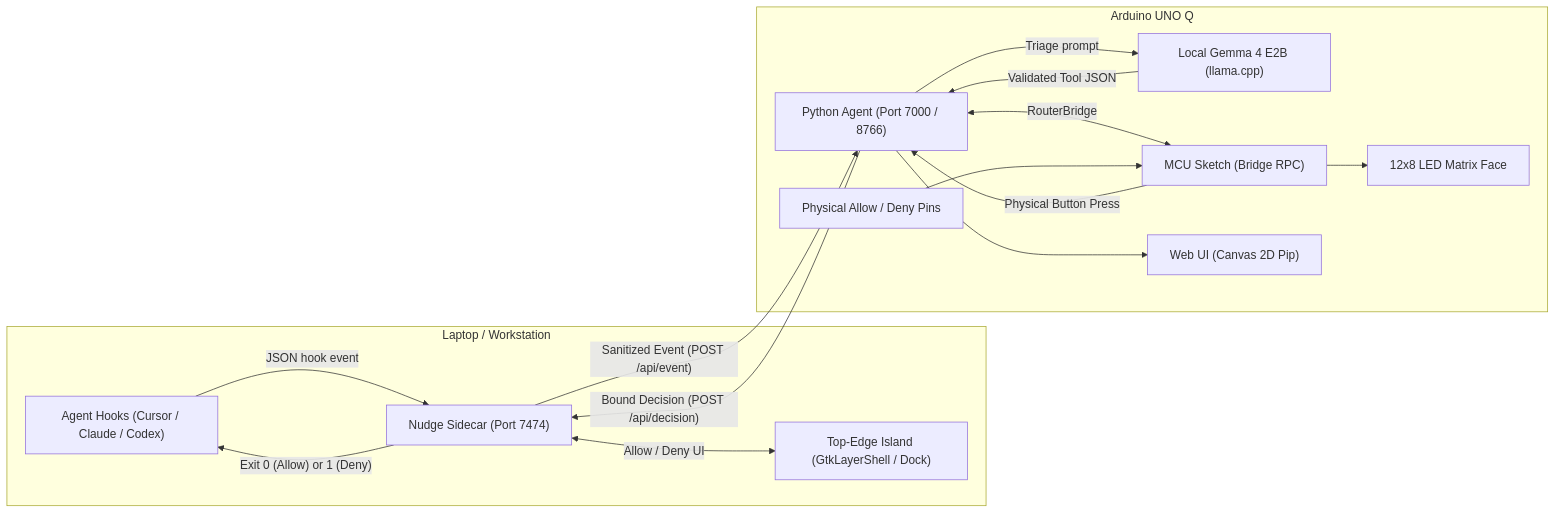
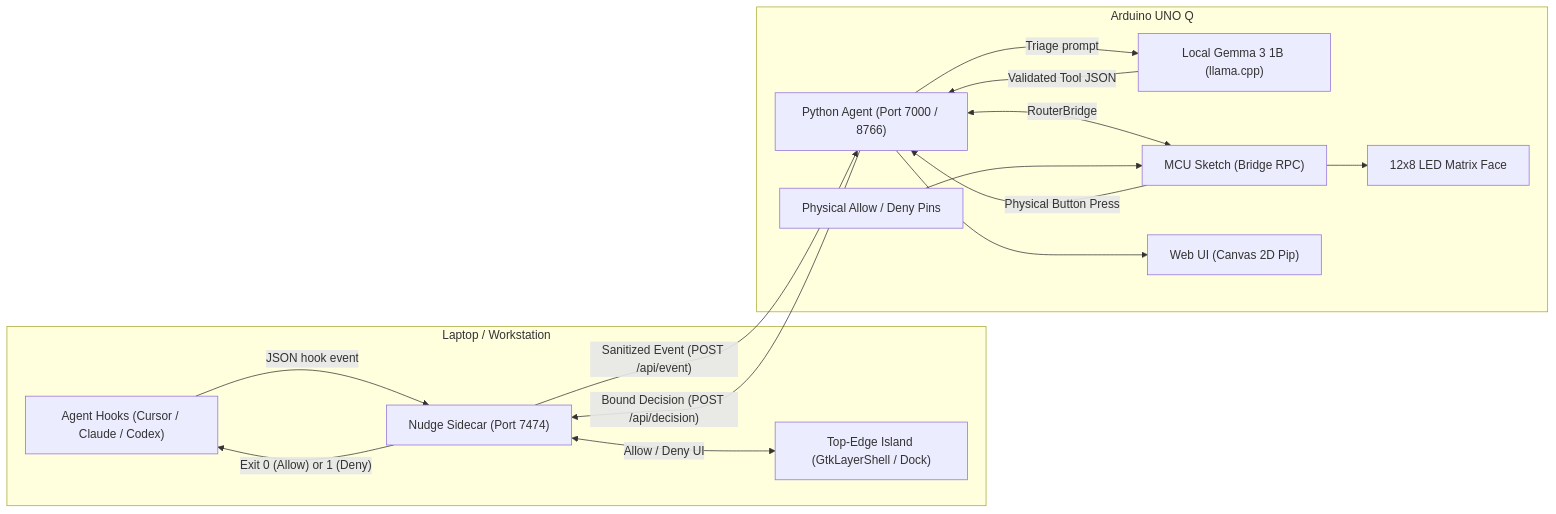
Before and after one commit to Adams-404/nudge: the diagram in README.md, drawn with Mermaid. The commit also changed other lines of this file and 10 other files, not shown here.

````diff
--- a/README.md
+++ b/README.md
@@ -37,31 +37,31 @@
 ```mermaid
 flowchart LR
   subgraph laptop [Laptop / Workstation]
     Hooks["Agent Hooks (Cursor / Claude / Codex)"]
     Island["Top-Edge Island (GtkLayerShell / Dock)"]
     Sidecar["Nudge Sidecar (Port 7474)"]
     Hooks -->|"JSON hook event"| Sidecar
     Sidecar <-->|"Allow / Deny UI"| Island
   end
 
   subgraph board [Arduino UNO Q]
     Py["Python Agent (Port 7000 / 8766)"]
-    Gemma["Local Gemma 4 E2B (llama.cpp)"]
+    Gemma["Local Gemma 3 1B (llama.cpp)"]
     MCU["MCU Sketch (Bridge RPC)"]
     Matrix["12x8 LED Matrix Face"]
     Buttons["Physical Allow / Deny Pins"]
     Web["Web UI (Canvas 2D Pip)"]
 
     Py -->|"Triage prompt"| Gemma
     Gemma -->|"Validated Tool JSON"| Py
     Py <-->|"RouterBridge"| MCU
     MCU --> Matrix
     Buttons --> MCU
     Py --> Web
   end
 
   Sidecar -->|"Sanitized Event (POST /api/event)"| Py
   MCU -->|"Physical Button Press"| Py
   Py -->|"Bound Decision (POST /api/decision)"| Sidecar
   Sidecar -->|"Exit 0 (Allow) or 1 (Deny)"| Hooks
 ```
````
